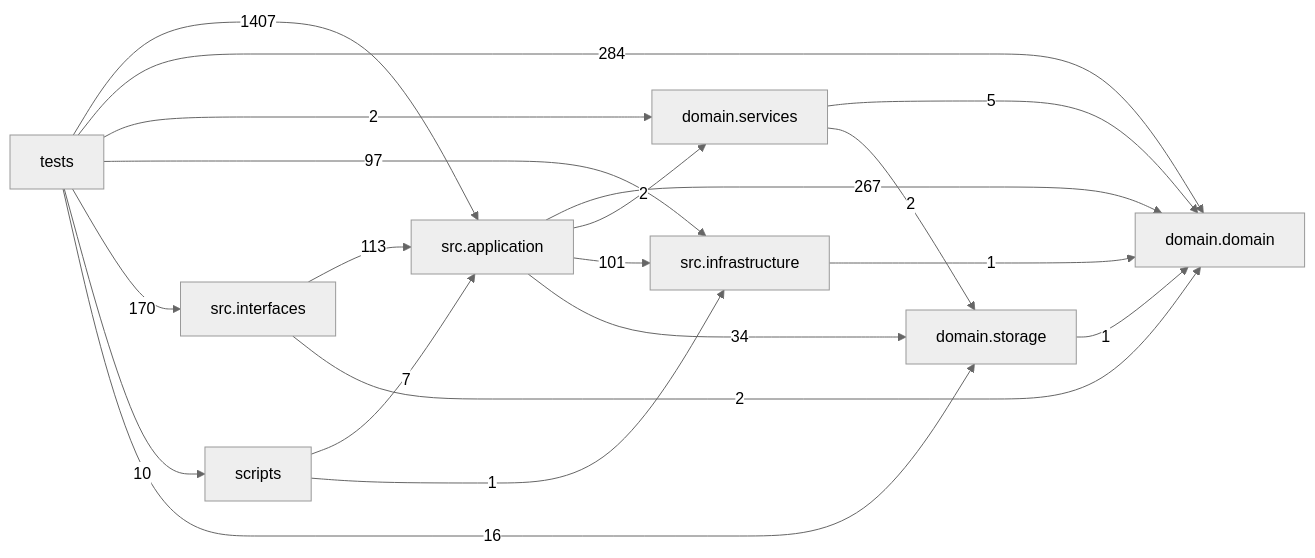
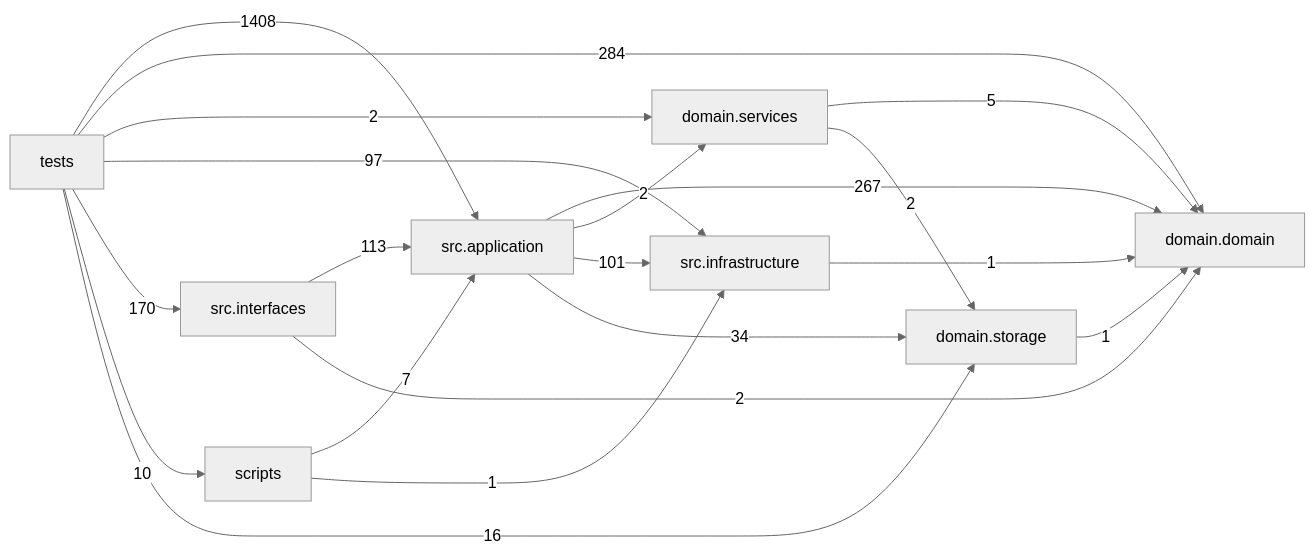
One commit to liuxie066/options-monitor changed the diagram in docs/DEPENDENCY_GRAPH.md. Above: the diagram before and after it, drawn with Mermaid (neutral theme). The commit also changed other lines of this file and 4 other files, not shown here.

````diff
--- a/docs/DEPENDENCY_GRAPH.md
+++ b/docs/DEPENDENCY_GRAPH.md
@@ -24,30 +24,30 @@
 ```mermaid
 flowchart LR
   tests["tests"]
   scripts["scripts"]
   interfaces["src.interfaces"]
   application["src.application"]
   infrastructure["src.infrastructure"]
   domain_services["domain.services"]
   domain["domain.domain"]
   storage["domain.storage"]
   application -->|267| domain
   application -->|2| domain_services
   application -->|101| infrastructure
   application -->|34| storage
   domain_services -->|5| domain
   domain_services -->|2| storage
   infrastructure -->|1| domain
   interfaces -->|113| application
   interfaces -->|2| domain
   scripts -->|7| application
   scripts -->|1| infrastructure
   storage -->|1| domain
-  tests -->|1407| application
+  tests -->|1408| application
   tests -->|284| domain
   tests -->|2| domain_services
   tests -->|97| infrastructure
   tests -->|170| interfaces
   tests -->|10| scripts
   tests -->|16| storage
 ```
````
